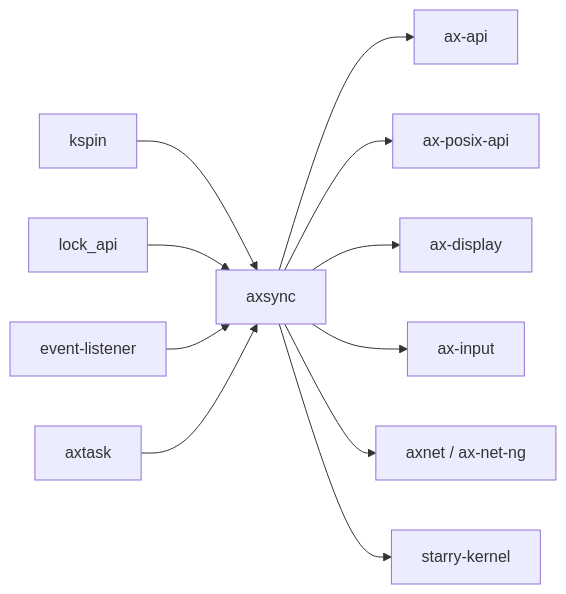
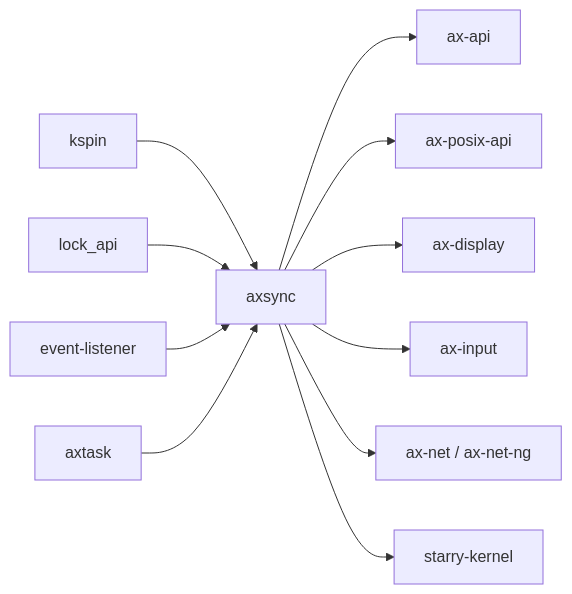
The second of 2 diagrams in docs/crates/axsync.md (zKurisu/tgoskits), drawn with Mermaid before and after one commit. The commit also changed other lines of this file and 44 other files, not shown here.

Commit message:
rename axnet to ax-net

````diff
--- a/docs/crates/axsync.md
+++ b/docs/crates/axsync.md
@@ -109,14 +109,14 @@
 ```mermaid
 graph LR
     kspin["kspin"] --> axsync["axsync"]
     lock_api["lock_api"] --> axsync
     event_listener["event-listener"] --> axsync
     axtask["axtask"] --> axsync
 
     axsync --> ax-api["ax-api"]
     axsync --> ax-posix-api["ax-posix-api"]
     axsync --> ax-display["ax-display"]
     axsync --> ax-input["ax-input"]
-    axsync --> axnet["axnet / ax-net-ng"]
+    axsync --> ax-net["ax-net / ax-net-ng"]
     axsync --> starry_kernel["starry-kernel"]
 ```
````
